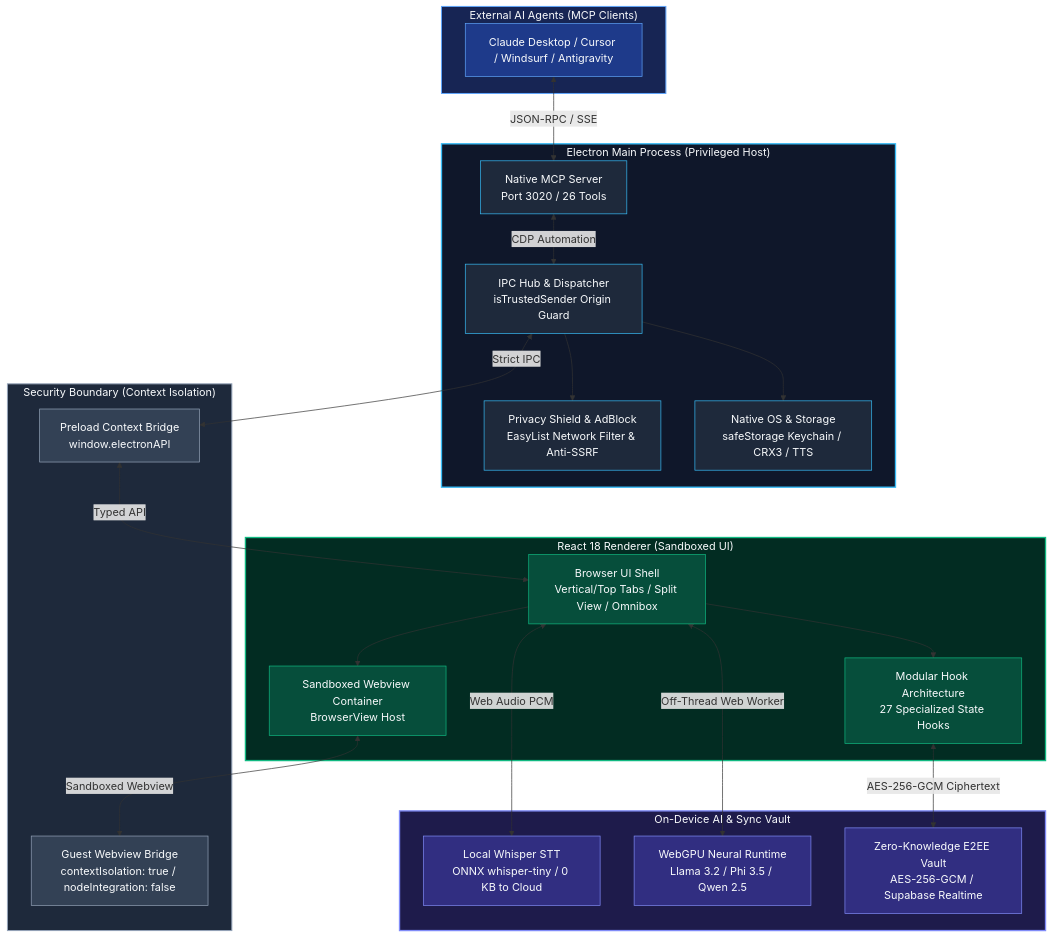
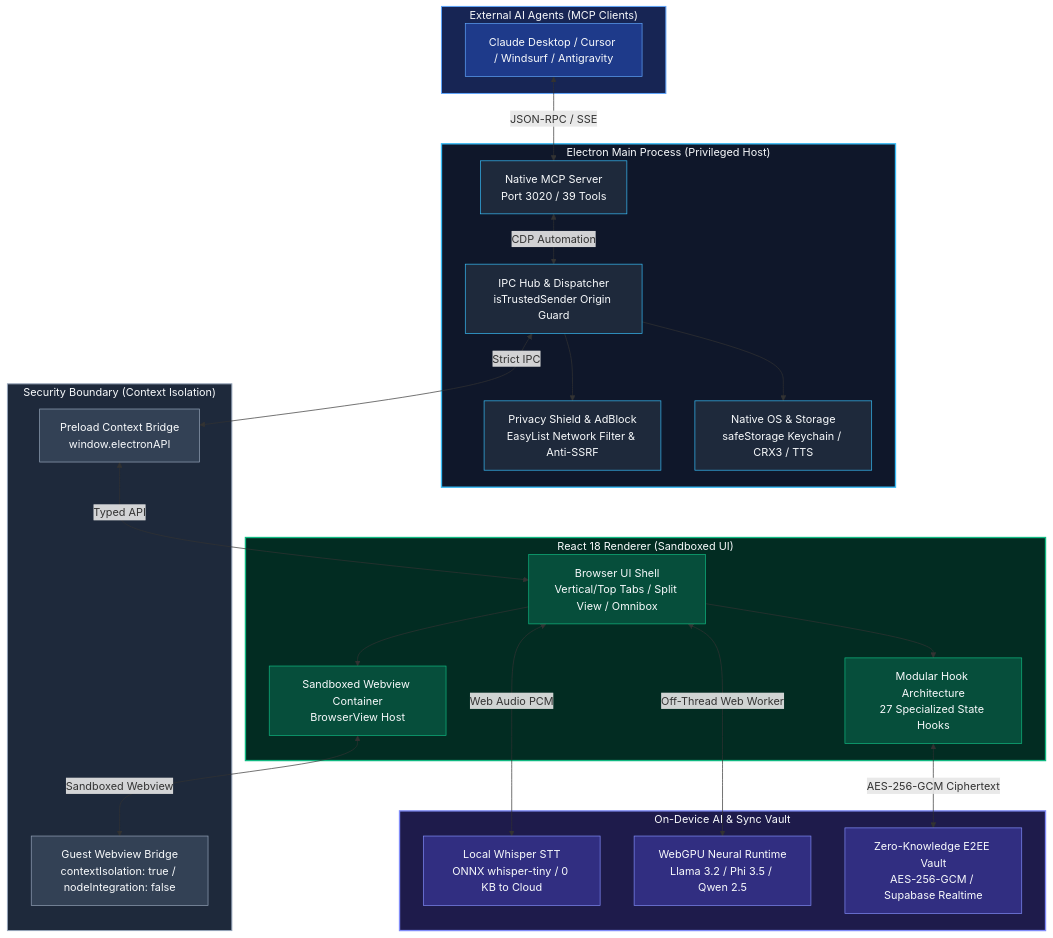
Before and after one commit to MOT1209/King_Browser: the diagram in README.md, drawn with Mermaid. The commit also changed other lines of this file, not shown here.

First line of the commit message:
docs(mcp): correct the auth header and tool inventory, document the SSE transport gap

````diff
--- a/README.md
+++ b/README.md
@@ -531,69 +557,69 @@
 ```mermaid
 flowchart TB
     subgraph Clients["External AI Agents (MCP Clients)"]
         agentClient["Claude Desktop / Cursor / Windsurf / Antigravity"]
     end
 
     subgraph Main["Electron Main Process (Privileged Host)"]
-        mcp["Native MCP Server<br/>Port 3020 / 26 Tools"]
+        mcp["Native MCP Server<br/>Port 3020 / 39 Tools"]
         ipcMain["IPC Hub & Dispatcher<br/>isTrustedSender Origin Guard"]
         netShield["Privacy Shield & AdBlock<br/>EasyList Network Filter & Anti-SSRF"]
         osBridge["Native OS & Storage<br/>safeStorage Keychain / CRX3 / TTS"]
     end
 
     subgraph Boundary["Security Boundary (Context Isolation)"]
         preloadAPI["Preload Context Bridge<br/>window.electronAPI"]
         guestPreload["Guest Webview Bridge<br/>contextIsolation: true / nodeIntegration: false"]
     end
 
     subgraph Renderer["React 18 Renderer (Sandboxed UI)"]
         uiShell["Browser UI Shell<br/>Vertical/Top Tabs / Split View / Omnibox"]
         hookEngine["Modular Hook Architecture<br/>27 Specialized State Hooks"]
         viewHost["Sandboxed Webview Container<br/>BrowserView Host"]
     end
 
     subgraph Neural["On-Device AI & Sync Vault"]
         whisperEngine["Local Whisper STT<br/>ONNX whisper-tiny / 0 KB to Cloud"]
         webgpuEngine["WebGPU Neural Runtime<br/>Llama 3.2 / Phi 3.5 / Qwen 2.5"]
         syncVault["Zero-Knowledge E2EE Vault<br/>AES-256-GCM / Supabase Realtime"]
     end
 
     agentClient <-->|"JSON-RPC / SSE"| mcp
     mcp <-->|"CDP Automation"| ipcMain
     ipcMain <-->|"Strict IPC"| preloadAPI
     preloadAPI <-->|"Typed API"| uiShell
     ipcMain --> netShield
     ipcMain --> osBridge
 
     uiShell --> hookEngine
     uiShell --> viewHost
     viewHost <-->|"Sandboxed Webview"| guestPreload
 
     uiShell <-->|"Web Audio PCM"| whisperEngine
     uiShell <-->|"Off-Thread Web Worker"| webgpuEngine
     hookEngine <-->|"AES-256-GCM Ciphertext"| syncVault
 
     style Main fill:#0f172a,stroke:#38bdf8,stroke-width:2px,color:#f8fafc
     style Boundary fill:#1e293b,stroke:#94a3b8,stroke-width:1.5px,color:#f8fafc
     style Renderer fill:#022c22,stroke:#10b981,stroke-width:2px,color:#f8fafc
     style Neural fill:#1e1b4b,stroke:#818cf8,stroke-width:2px,color:#f8fafc
     style Clients fill:#172554,stroke:#60a5fa,stroke-width:1.5px,color:#f8fafc
 
     style mcp fill:#1e293b,stroke:#38bdf8,stroke-width:1px,color:#f8fafc
     style ipcMain fill:#1e293b,stroke:#38bdf8,stroke-width:1px,color:#f8fafc
     style netShield fill:#1e293b,stroke:#38bdf8,stroke-width:1px,color:#f8fafc
     style osBridge fill:#1e293b,stroke:#38bdf8,stroke-width:1px,color:#f8fafc
 
     style preloadAPI fill:#334155,stroke:#94a3b8,stroke-width:1px,color:#f8fafc
     style guestPreload fill:#334155,stroke:#94a3b8,stroke-width:1px,color:#f8fafc
 
     style uiShell fill:#064e3b,stroke:#10b981,stroke-width:1px,color:#f8fafc
     style hookEngine fill:#064e3b,stroke:#10b981,stroke-width:1px,color:#f8fafc
     style viewHost fill:#064e3b,stroke:#10b981,stroke-width:1px,color:#f8fafc
 
     style whisperEngine fill:#312e81,stroke:#818cf8,stroke-width:1px,color:#f8fafc
     style webgpuEngine fill:#312e81,stroke:#818cf8,stroke-width:1px,color:#f8fafc
     style syncVault fill:#312e81,stroke:#818cf8,stroke-width:1px,color:#f8fafc
 
     style agentClient fill:#1e3a8a,stroke:#60a5fa,stroke-width:1px,color:#f8fafc
 ```
````
